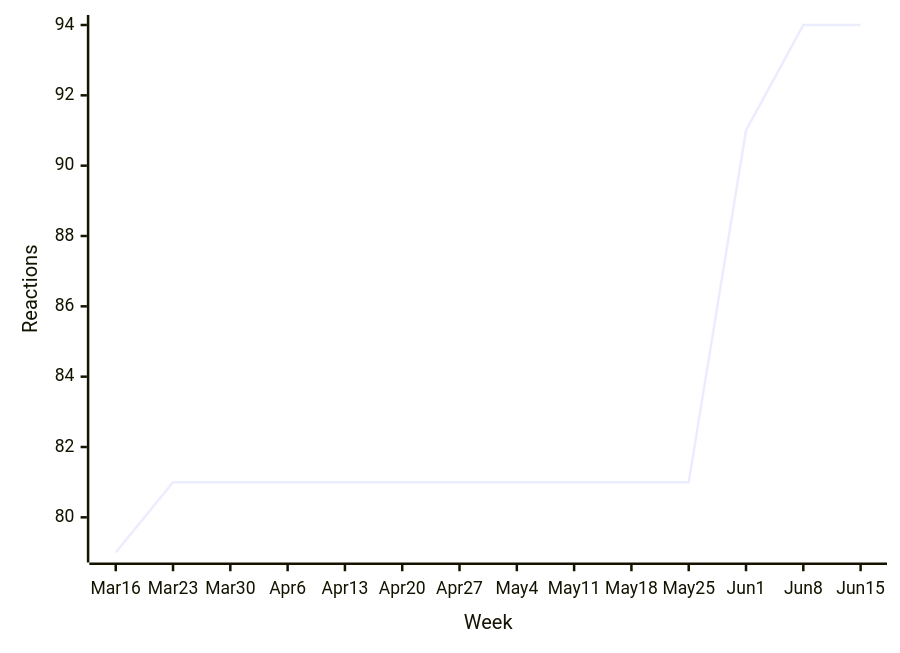
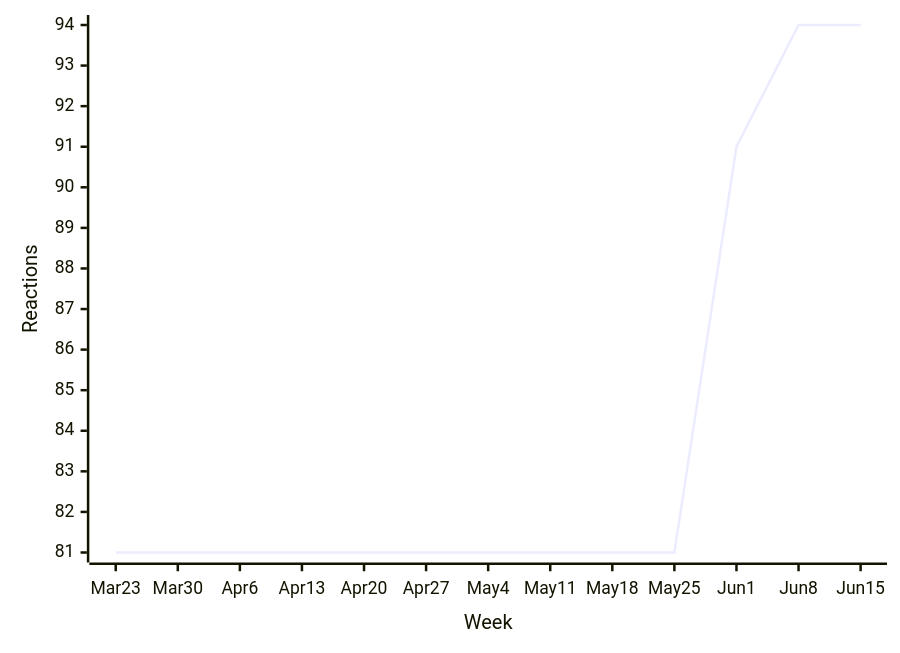
Diagram 11 of 49 in README.md (loic-sharma/github-insights), drawn with Mermaid before and after one commit. The commit also changed other lines of this file and 3 other files, not shown here.

````diff
--- a/README.md
+++ b/README.md
@@ -509,6 +509,6 @@
   ```mermaid
   xychart-beta
-    x-axis "Week" [Mar 16, Mar 23, Mar 30, Apr 6, Apr 13, Apr 20, Apr 27, May 4, May 11, May 18, May 25, Jun 1, Jun 8, Jun 15]
+    x-axis "Week" [Mar 23, Mar 30, Apr 6, Apr 13, Apr 20, Apr 27, May 4, May 11, May 18, May 25, Jun 1, Jun 8, Jun 15]
     y-axis "Reactions"
-    line [79, 81, 81, 81, 81, 81, 81, 81, 81, 81, 81, 91, 94, 94]
+    line [81, 81, 81, 81, 81, 81, 81, 81, 81, 81, 91, 94, 94]
   ```
````
